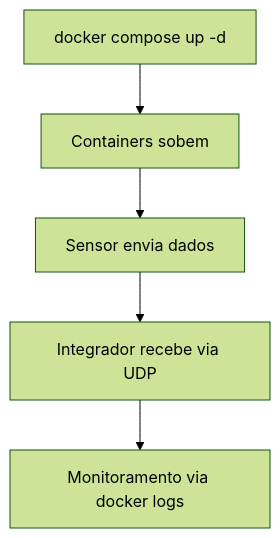
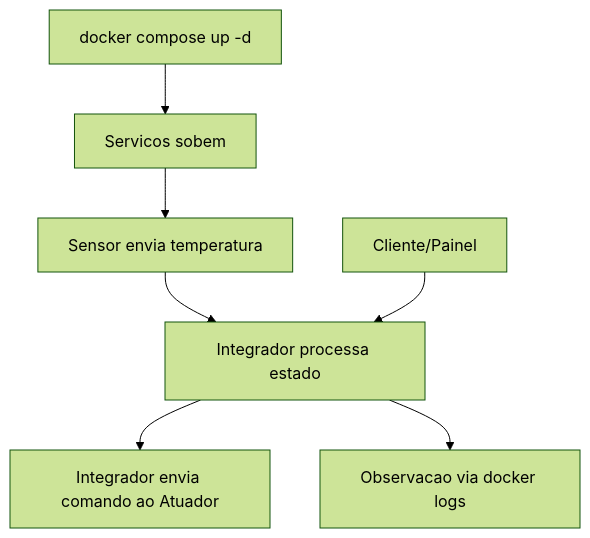
One commit to cleidson21/PBL_1_Redes-A_Rota_das_Coisas changed the second of 2 diagrams in README.md. Above: the diagram before and after it, drawn with Mermaid (forest theme). The commit also changed other lines of this file, not shown here.

````diff
--- a/README.md
+++ b/README.md
@@ -35,7 +40,9 @@
 ```mermaid
 flowchart TD
-    A[docker compose up -d] --> B[Containers sobem]
-    B --> C[Sensor envia dados]
-    C --> D[Integrador recebe via UDP]
-    D --> E[Monitoramento via docker logs]
+        A[docker compose up -d] --> B[Servicos sobem]
+        B --> C[Sensor envia temperatura]
+        C --> D[Integrador processa estado]
+        D --> E[Integrador envia comando ao Atuador]
+        F[Cliente/Painel] --> D
+        D --> G[Observacao via docker logs]
 ```
````
